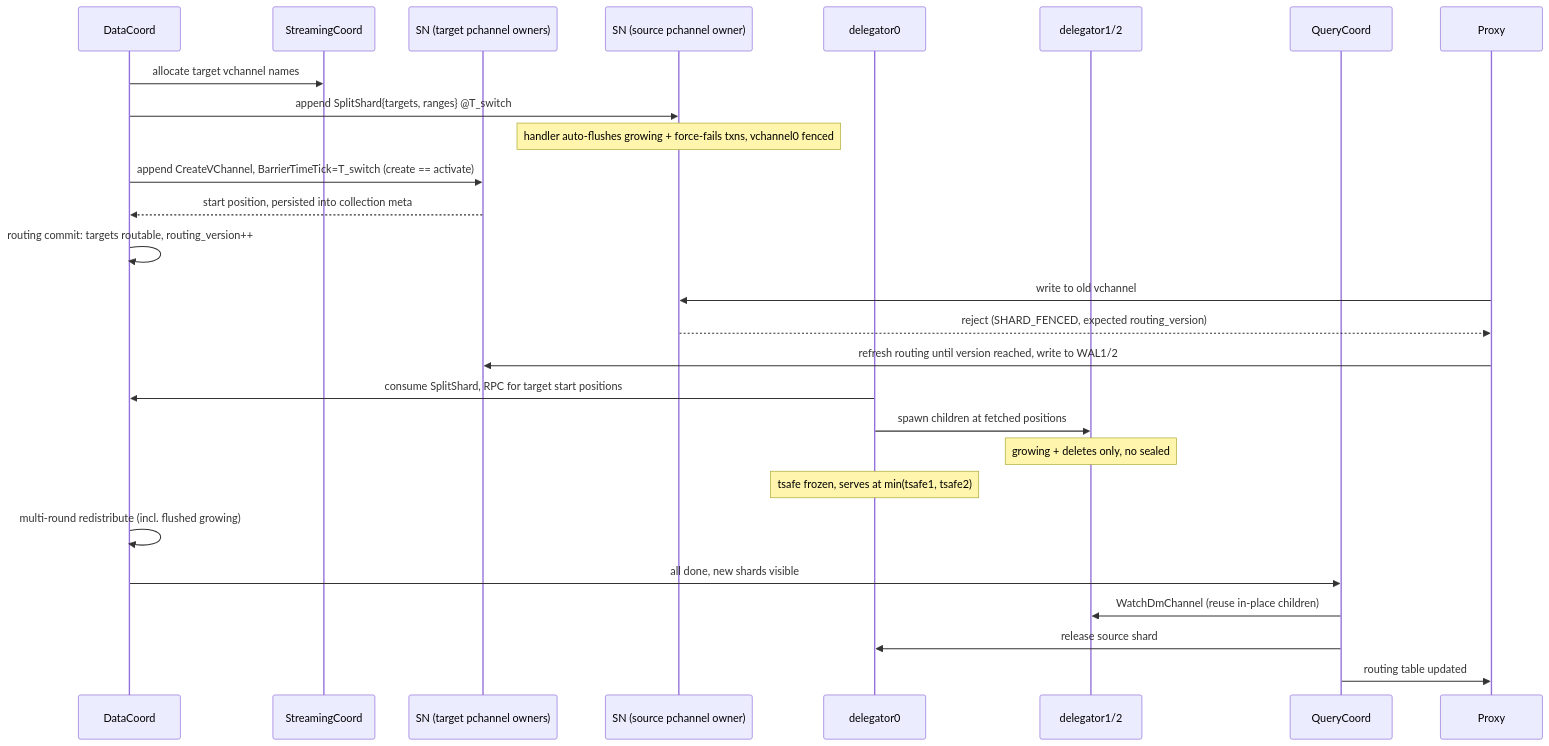
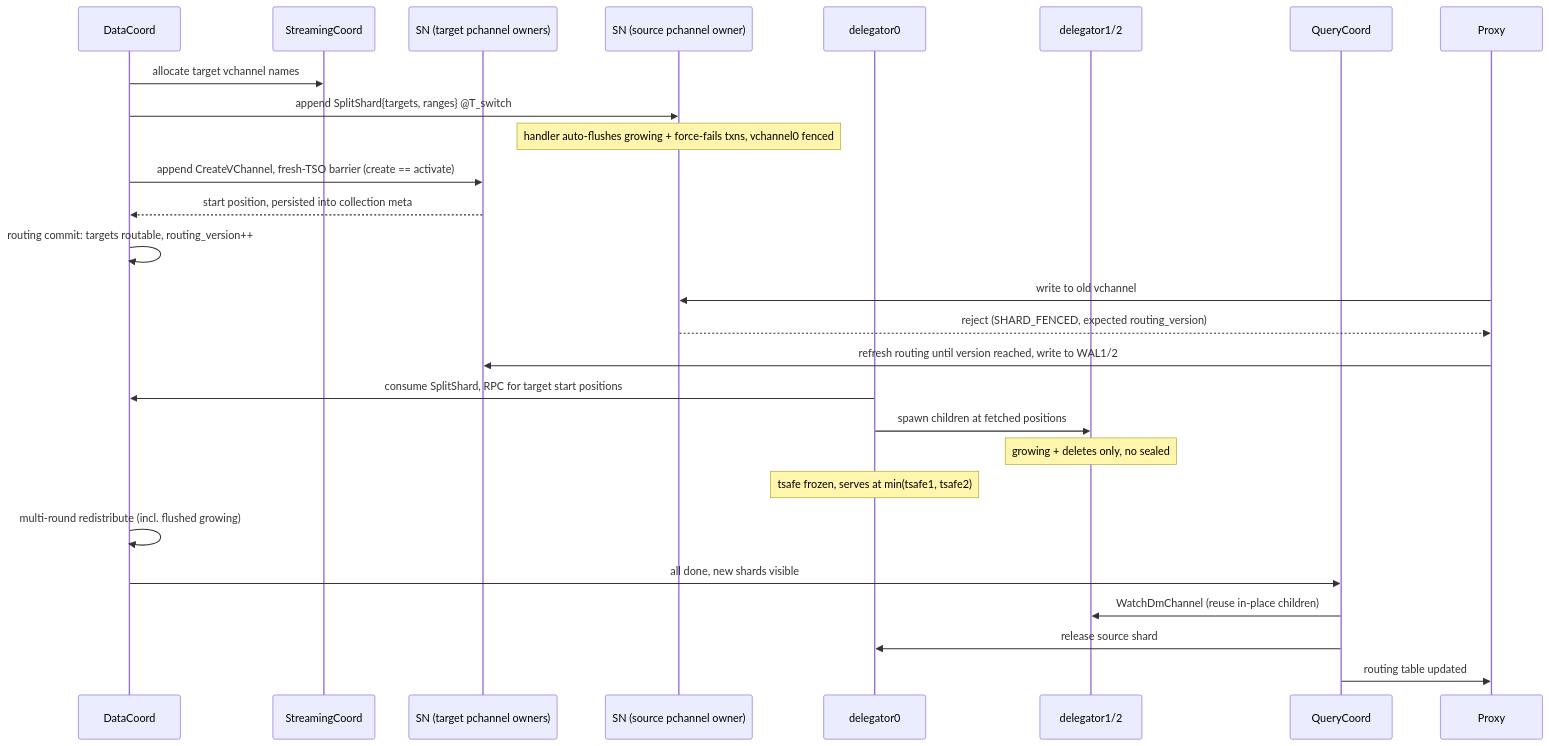
The second of 4 diagrams in docs/design-docs/design_docs/20260610-shard_split.md (milvus-io/milvus), drawn with Mermaid before and after one commit. The commit also changed other lines of this file, not shown here.

First line of the commit message:
doc: barrier is a value-free fresh-TSO sync; DataCoord never records T_switch

````diff
--- a/docs/design-docs/design_docs/20260610-shard_split.md
+++ b/docs/design-docs/design_docs/20260610-shard_split.md
@@ -338,29 +344,29 @@
 ```mermaid
 sequenceDiagram
     participant DC as DataCoord
     participant SC as StreamingCoord
     participant SNT as SN (target pchannel owners)
     participant SN0 as SN (source pchannel owner)
     participant D0 as delegator0
     participant D12 as delegator1/2
     participant QC as QueryCoord
     participant PX as Proxy
     DC->>SC: allocate target vchannel names
     DC->>SN0: append SplitShard{targets, ranges} @T_switch
     Note over SN0: handler auto-flushes growing + force-fails txns, vchannel0 fenced
-    DC->>SNT: append CreateVChannel, BarrierTimeTick=T_switch (create == activate)
+    DC->>SNT: append CreateVChannel, fresh-TSO barrier (create == activate)
     SNT-->>DC: start position, persisted into collection meta
     DC->>DC: routing commit: targets routable, routing_version++
     PX->>SN0: write to old vchannel
     SN0-->>PX: reject (SHARD_FENCED, expected routing_version)
     PX->>SNT: refresh routing until version reached, write to WAL1/2
     D0->>DC: consume SplitShard, RPC for target start positions
     D0->>D12: spawn children at fetched positions
     Note over D12: growing + deletes only, no sealed
     Note over D0: tsafe frozen, serves at min(tsafe1, tsafe2)
     DC->>DC: multi-round redistribute (incl. flushed growing)
     DC->>QC: all done, new shards visible
     QC->>D12: WatchDmChannel (reuse in-place children)
     QC->>D0: release source shard
     QC->>PX: routing table updated
 ```
````
